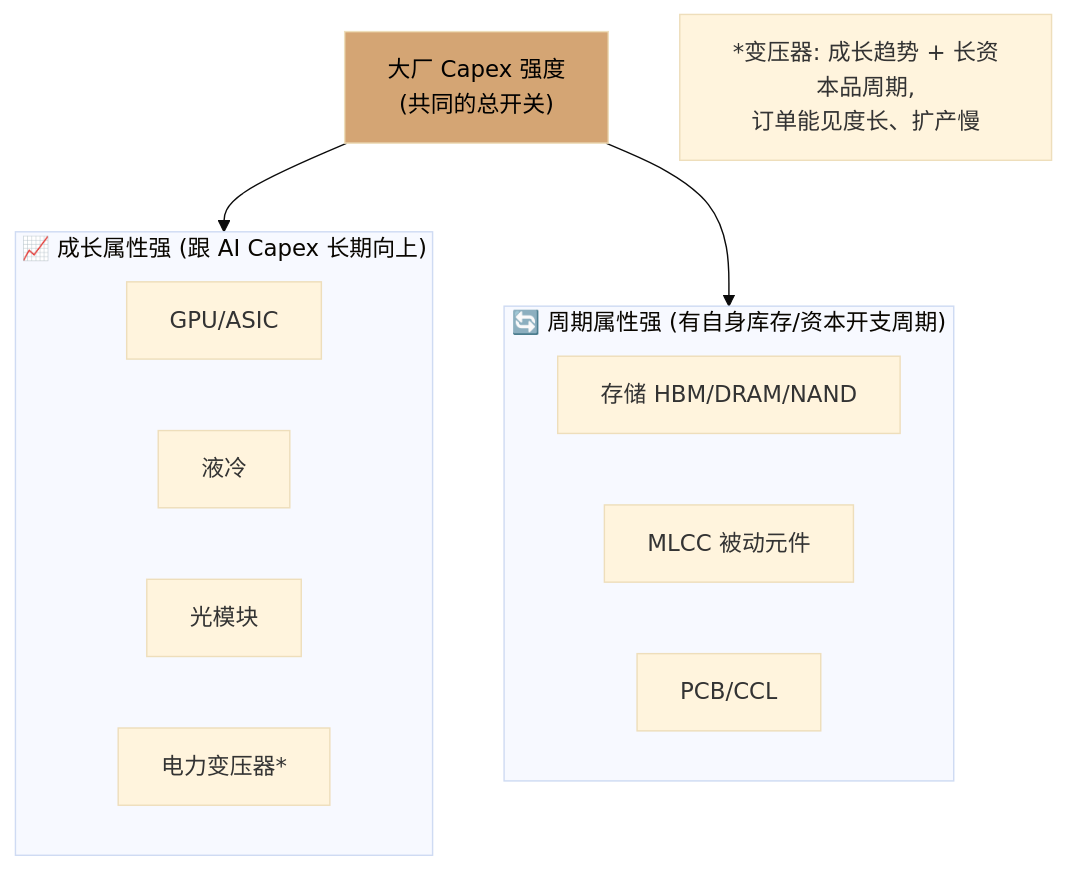
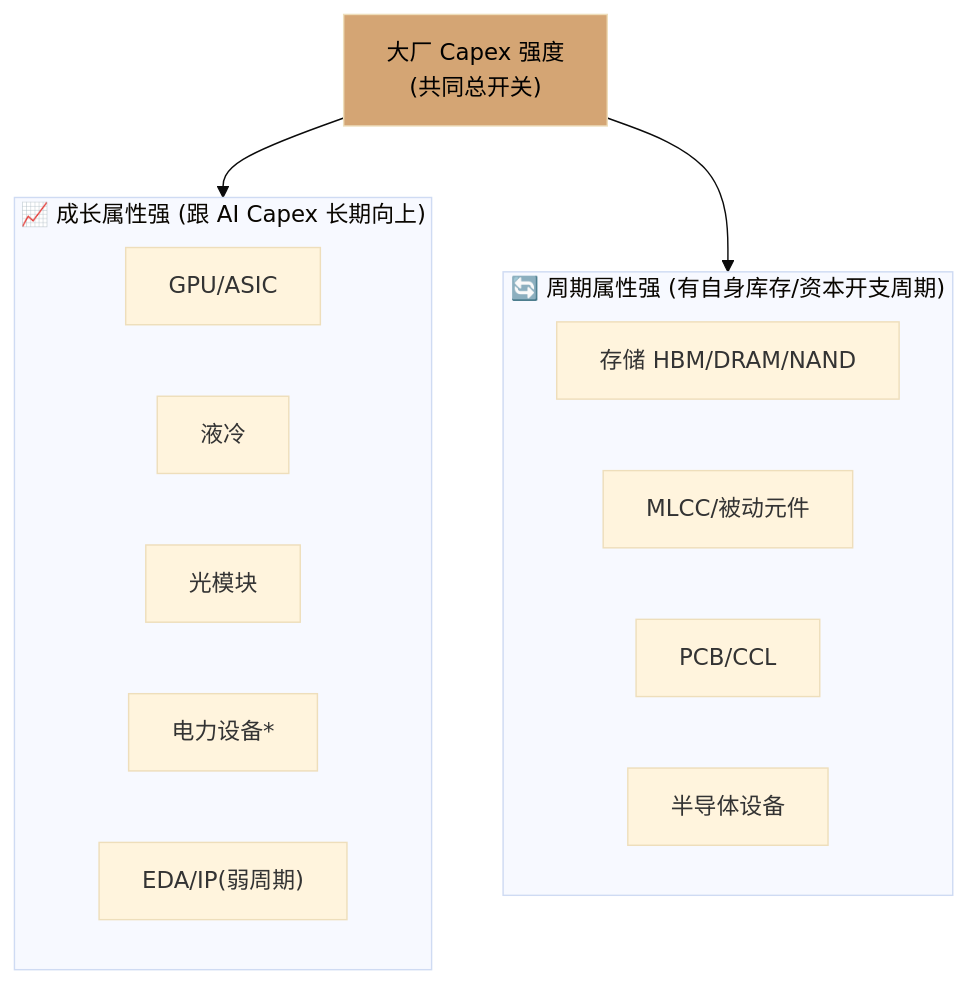
Before and after one commit to zhidaqian/understand-anything: the seventh of 8 diagrams in docs/ai-supply-chain/README.md, drawn with Mermaid (base theme). The commit also changed other lines of this file, not shown here.

````diff
--- a/docs/ai-supply-chain/README.md
+++ b/docs/ai-supply-chain/README.md
@@ -277,18 +379,19 @@
 ```mermaid
 flowchart TB
     subgraph G["📈 成长属性强 (跟 AI Capex 长期向上)"]
         G1["GPU/ASIC"]
         G2["液冷"]
         G3["光模块"]
-        G4["电力变压器*"]
+        G4["电力设备*"]
+        G5["EDA/IP(弱周期)"]
     end
     subgraph C["🔄 周期属性强 (有自身库存/资本开支周期)"]
         C1["存储 HBM/DRAM/NAND"]
-        C2["MLCC 被动元件"]
+        C2["MLCC/被动元件"]
         C3["PCB/CCL"]
+        C4["半导体设备"]
     end
-    Capex["大厂 Capex 强度<br/>(共同的总开关)"] --> G
+    Capex["大厂 Capex 强度<br/>(共同总开关)"] --> G
     Capex --> C
-    note["*变压器: 成长趋势 + 长资本品周期,<br/>订单能见度长、扩产慢"]
     style Capex fill:#d4a574,color:#000
 ```
````
